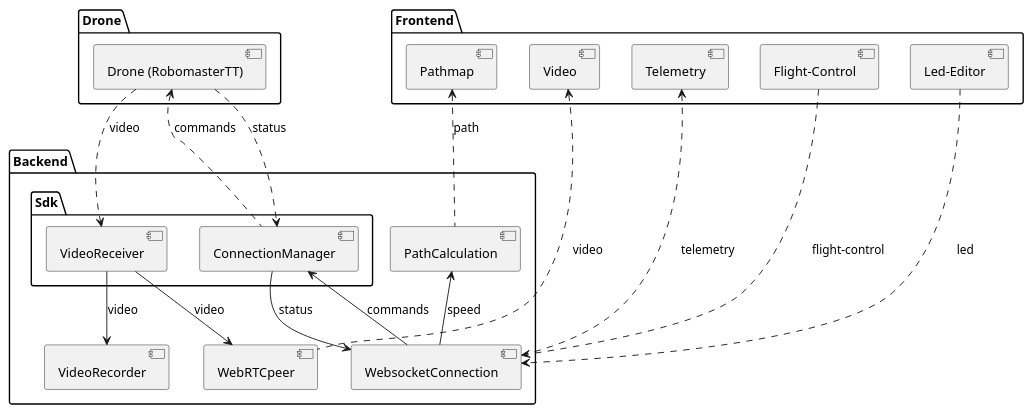
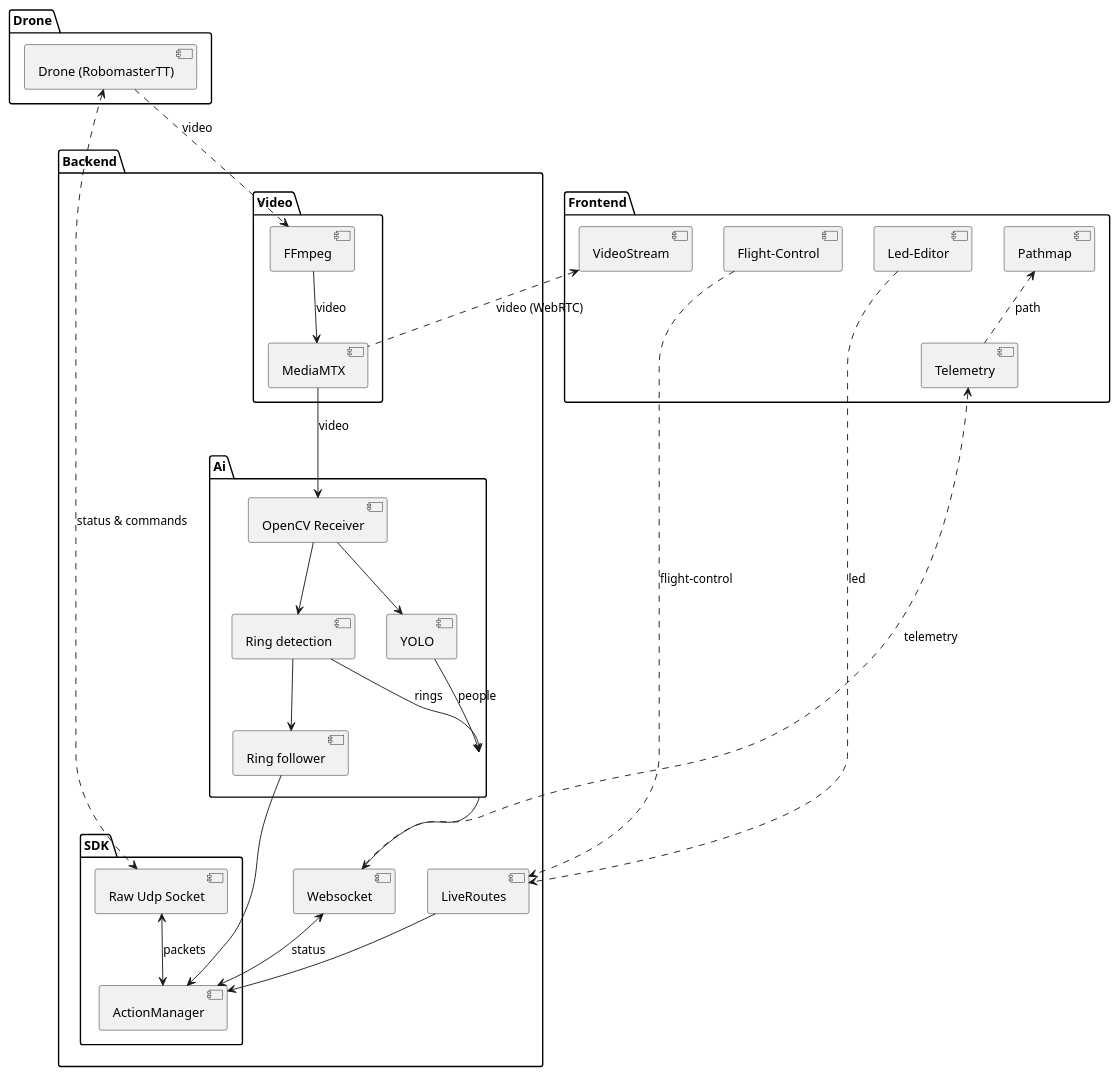
Before and after one commit to UNSERsplit/UNSERtaube: the diagram in docs/component.puml, drawn with PlantUML. The commit also changed 3 other files, not shown here.

```diff
--- a/docs/component.puml
+++ b/docs/component.puml
@@ -1,43 +1,47 @@
 @startuml
-
-
 package Drone {
     [Drone (RobomasterTT)]
 }
 
 package Backend {
-    package Sdk {
-        [ConnectionManager]
-        [VideoReceiver]
+    package SDK {
+        [Raw Udp Socket] <--> [ActionManager] : packets
     }
-    
-    [WebsocketConnection]
-    [VideoRecorder]
-    [WebRTCpeer]
-    
-    [ConnectionManager] --> [WebsocketConnection] : status
-    [ConnectionManager] <-- [WebsocketConnection] : commands
-    [PathCalculation] <-- [WebsocketConnection] : speed
-    
-    [VideoReceiver] --> [WebRTCpeer] : video
-    [VideoReceiver] --> [VideoRecorder] : video
+    [LiveRoutes] --> [ActionManager]
+    [Websocket] <--> [ActionManager] : status
+
+    package Video {
+        [FFmpeg] --> [MediaMTX] : video
+    }
+
+    package Ai {
+        [MediaMTX] --> [OpenCV Receiver] : video
+        [OpenCV Receiver] --> [YOLO]
+        [YOLO] --> [Ai] : people
+        [OpenCV Receiver] --> [Ring detection]
+        [Ring detection] --> [Ai] : rings
+        [Ring detection] --> [Ring follower]
+        [Ring follower] --> [ActionManager]
+        [Ai] --> [Websocket]
+    }
 }
 
+
+
 package Frontend {
-    [Video]
+    [VideoStream]
     [Telemetry]
     [Pathmap]
     [Flight-Control]
     [Led-Editor]
 }
 
-[Drone (RobomasterTT)] ..> [ConnectionManager] : status
-[Drone (RobomasterTT)] <.. [ConnectionManager] : commands
-[Drone (RobomasterTT)] ..> [VideoReceiver] : video
+[Drone (RobomasterTT)] <..> [Raw Udp Socket] : status & commands
+[Drone (RobomasterTT)] ..> [FFmpeg] : video
 
-[Video] <.. [WebRTCpeer] : video
-[Telemetry] <.. [WebsocketConnection] : telemetry
-[Flight-Control] ..> [WebsocketConnection] : flight-control
-[Led-Editor] ..> [WebsocketConnection] : led
-[Pathmap] <.. [PathCalculation] : path
+[VideoStream] <.. [MediaMTX] : video (WebRTC)
+[Telemetry] <.. [Websocket] : telemetry
+[Flight-Control] ..> [LiveRoutes] : flight-control
+[Led-Editor] ..> [LiveRoutes] : led
+[Pathmap] <.. [Telemetry] : path
 @enduml
```
